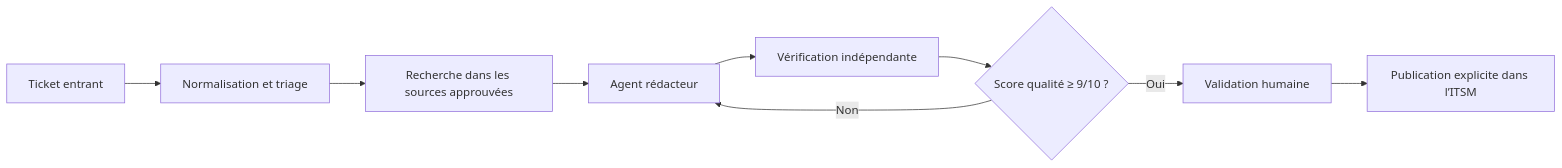
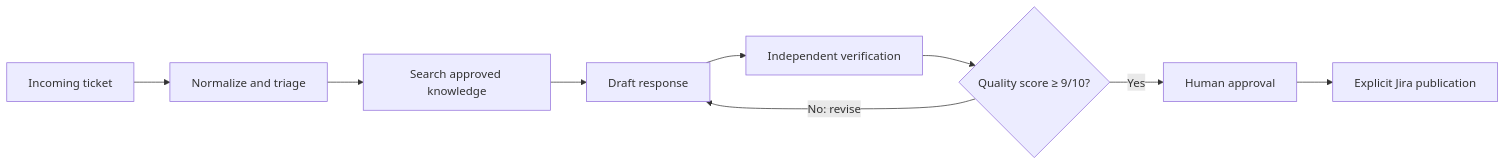
The diagram in README.md (Younsko/support-workflow-studio), drawn with Mermaid before and after one commit. The commit also changed other lines of this file and 7 other files, not shown here.

````diff
--- a/README.md
+++ b/README.md
@@ -32,11 +32,11 @@
 ```mermaid
 flowchart LR
-    A[Ticket entrant] --> B[Normalisation et triage]
-    B --> C[Recherche dans les sources approuvées]
-    C --> D[Agent rédacteur]
-    D --> E[Vérification indépendante]
-    E --> F{Score qualité ≥ 9/10 ?}
-    F -- Non --> D
-    F -- Oui --> G[Validation humaine]
-    G --> H[Publication explicite dans l’ITSM]
+    A[Incoming ticket] --> B[Normalize and triage]
+    B --> C[Search approved knowledge]
+    C --> D[Draft response]
+    D --> E[Independent verification]
+    E --> F{Quality score ≥ 9/10?}
+    F -- No: revise --> D
+    F -- Yes --> G[Human approval]
+    G --> H[Explicit Jira publication]
 ```
````
